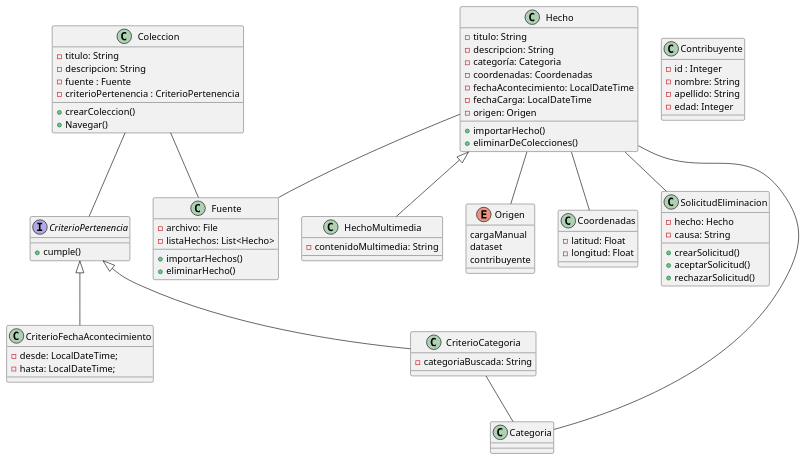
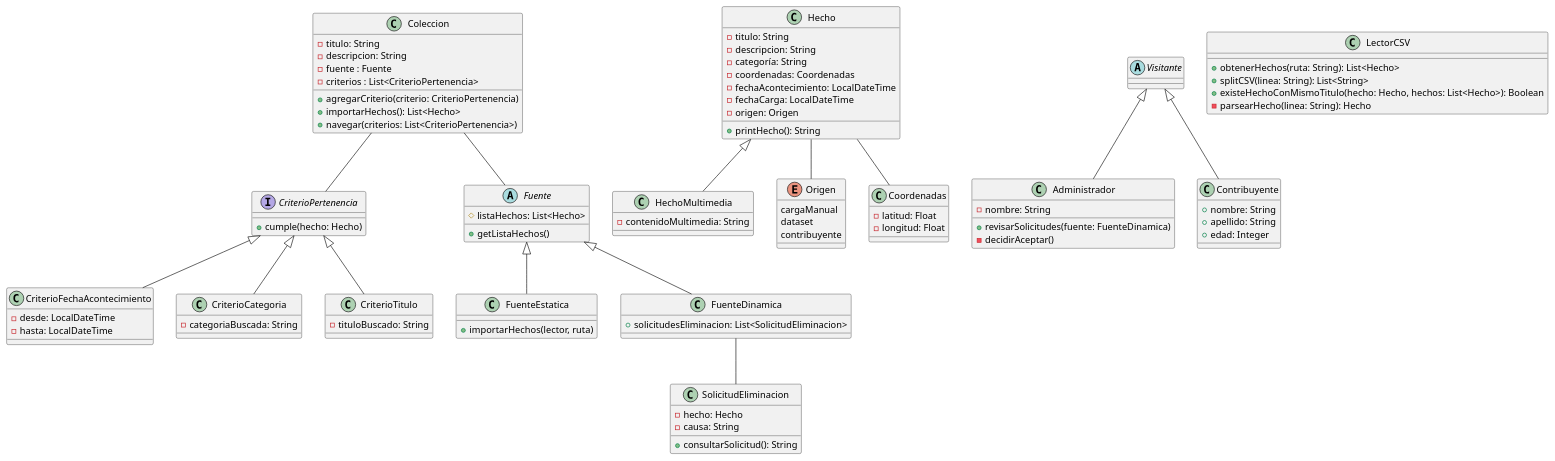
The diagram in clases.puml (jotafabri/metamapa), drawn with PlantUML before and after one commit.

Commit message:
Actualizado el diagrama de clases para reflejar los cambios

```diff
--- a/clases.puml
+++ b/clases.puml
@@ -1,85 +1,105 @@
 @startuml
 'https://plantuml.com/class-diagram
 
 class Coleccion {
     - titulo: String
     - descripcion: String
     - fuente : Fuente
-    - criterioPertenencia : CriterioPertenencia
-    + crearColeccion()
-    + Navegar()
+    - criterios : List<CriterioPertenencia>
+    + agregarCriterio(criterio: CriterioPertenencia)
+    + importarHechos(): List<Hecho>
+    + navegar(criterios: List<CriterioPertenencia>)
 }
 
 interface CriterioPertenencia {
-    + cumple()
+    + cumple(hecho: Hecho)
 }
 
 class CriterioFechaAcontecimiento extends CriterioPertenencia {
-     - desde: LocalDateTime;
-     - hasta: LocalDateTime;
+     - desde: LocalDateTime
+     - hasta: LocalDateTime
 }
 
 class CriterioCategoria extends CriterioPertenencia {
     - categoriaBuscada: String
 }
 
-class Fuente {
-    - archivo: File
-    - listaHechos: List<Hecho>
-    + importarHechos()
-    + eliminarHecho()
+class CriterioTitulo extends CriterioPertenencia {
+    - tituloBuscado: String
+}
+
+abstract Fuente {
+    # listaHechos: List<Hecho>
+    + getListaHechos()
+}
+
+class FuenteEstatica extends Fuente {
+    + importarHechos(lector, ruta)
+}
+
+class FuenteDinamica extends Fuente {
+    + solicitudesEliminacion: List<SolicitudEliminacion>
 }
 
 class Hecho {
     - titulo: String
     - descripcion: String
-    - categoría: Categoria
+    - categoría: String
     - coordenadas: Coordenadas
     - fechaAcontecimiento: LocalDateTime
     - fechaCarga: LocalDateTime
     - origen: Origen
-    + importarHecho()
-    + eliminarDeColecciones()
+    + printHecho(): String
 }
 
 class HechoMultimedia extends Hecho {
    - contenidoMultimedia: String
 }
 
 enum Origen {
     cargaManual
     dataset
     contribuyente
 }
 
-class Contribuyente {
-    - id : Integer
-    - nombre: String
-    - apellido: String
-    - edad: Integer
-}
-
 class Coordenadas {
     - latitud: Float
     - longitud: Float
 }
 
 ' TODO:
 class SolicitudEliminacion {
     - hecho: Hecho
     - causa: String /'debe ser máximo 500 caracteres'/
-    + crearSolicitud()
-    + aceptarSolicitud()
-    + rechazarSolicitud()
+    + consultarSolicitud(): String
 }
 
-Hecho -- Fuente
-Hecho -- Categoria
+abstract class Visitante {
+}
+
+class Administrador extends Visitante {
+    - nombre: String
+    + revisarSolicitudes(fuente: FuenteDinamica)
+    - decidirAceptar()
+}
+
+class Contribuyente extends Visitante {
+    + nombre: String
+    + apellido: String
+    + edad: Integer
+}
+
+class LectorCSV {
+    + obtenerHechos(ruta: String): List<Hecho>
+    + splitCSV(linea: String): List<String>
+    + existeHechoConMismoTitulo(hecho: Hecho, hechos: List<Hecho>): Boolean
+    - parsearHecho(linea: String): Hecho
+}
+
 Hecho -- Origen
-Hecho -- SolicitudEliminacion
 Hecho -- Coordenadas
 Coleccion -- Fuente
 Coleccion -- CriterioPertenencia
-CriterioCategoria -- Categoria
+FuenteDinamica -- SolicitudEliminacion
 
 @enduml
```
